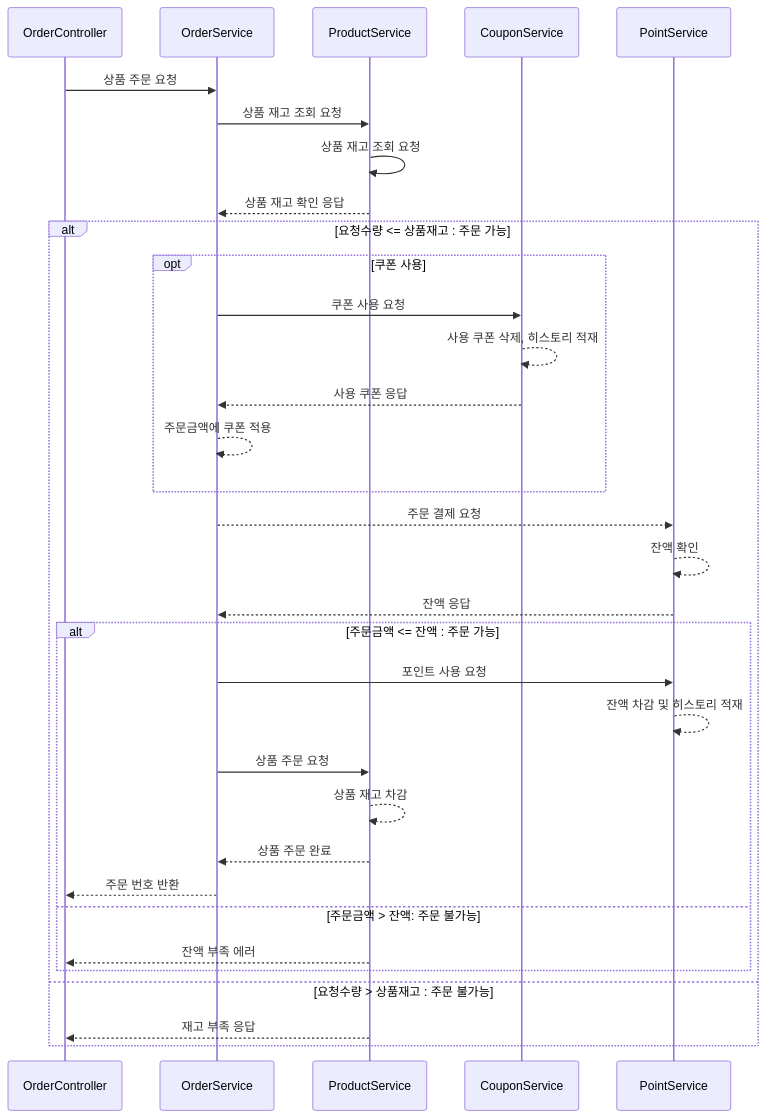
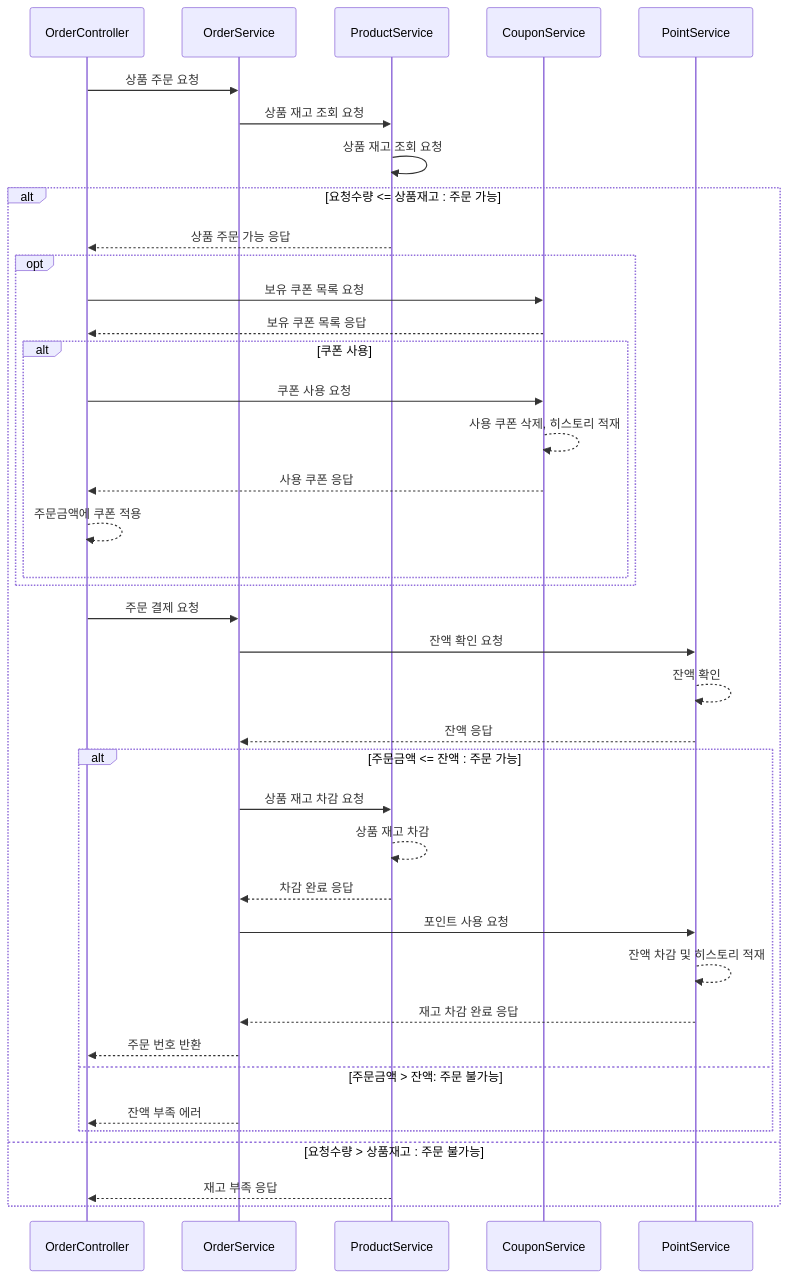
Before and after one commit to Yuram-Park/hhplus-server-java: the third of 3 diagrams in README.md, drawn with Mermaid. The commit also changed other lines of this file and 1 other file, not shown here.

Commit message:
시퀀스 다이어그램 수정

````diff
--- a/README.md
+++ b/README.md
@@ -79,30 +79,36 @@
 ```mermaid
 sequenceDiagram
     OrderController->>OrderService: 상품 주문 요청
     OrderService->>ProductService: 상품 재고 조회 요청
     ProductService->>ProductService: 상품 재고 조회 요청
-    ProductService-->>OrderService: 상품 재고 확인 응답
     alt 요청수량 <= 상품재고 : 주문 가능
-        opt 쿠폰 사용
-            OrderService->>CouponService: 쿠폰 사용 요청
+        ProductService-->>OrderController: 상품 주문 가능 응답
+        opt 
+            OrderController->>CouponService: 보유 쿠폰 목록 요청
+            CouponService-->>OrderController: 보유 쿠폰 목록 응답
+            alt 쿠폰 사용
+            OrderController->>CouponService: 쿠폰 사용 요청
             CouponService-->>CouponService: 사용 쿠폰 삭제, 히스토리 적재
-            CouponService-->>OrderService: 사용 쿠폰 응답
-            OrderService-->>OrderService: 주문금액에 쿠폰 적용
+            CouponService-->>OrderController: 사용 쿠폰 응답
+            OrderController-->>OrderController: 주문금액에 쿠폰 적용
+            end
         end
-        OrderService-->>PointService: 주문 결제 요청
+        OrderController->>OrderService: 주문 결제 요청
+        OrderService->>PointService: 잔액 확인 요청
         PointService-->>PointService: 잔액 확인
         PointService-->>OrderService: 잔액 응답
         alt 주문금액 <= 잔액 : 주문 가능
+                OrderService->>ProductService: 상품 재고 차감 요청
+                ProductService-->>ProductService: 상품 재고 차감
+                ProductService-->>OrderService: 차감 완료 응답
                 OrderService->>PointService: 포인트 사용 요청
                 PointService-->>PointService: 잔액 차감 및 히스토리 적재
-                OrderService->>ProductService: 상품 주문 요청
-                ProductService-->>ProductService: 상품 재고 차감
-                ProductService-->>OrderService: 상품 주문 완료
+                PointService-->>OrderService: 재고 차감 완료 응답
                 OrderService-->>OrderController: 주문 번호 반환
             else 주문금액 > 잔액: 주문 불가능
-                ProductService-->>OrderController: 잔액 부족 에러
+                OrderService-->>OrderController: 잔액 부족 에러
             end
     else 요청수량 > 상품재고 : 주문 불가능
         ProductService-->>OrderController: 재고 부족 응답
     end
 ```
````
